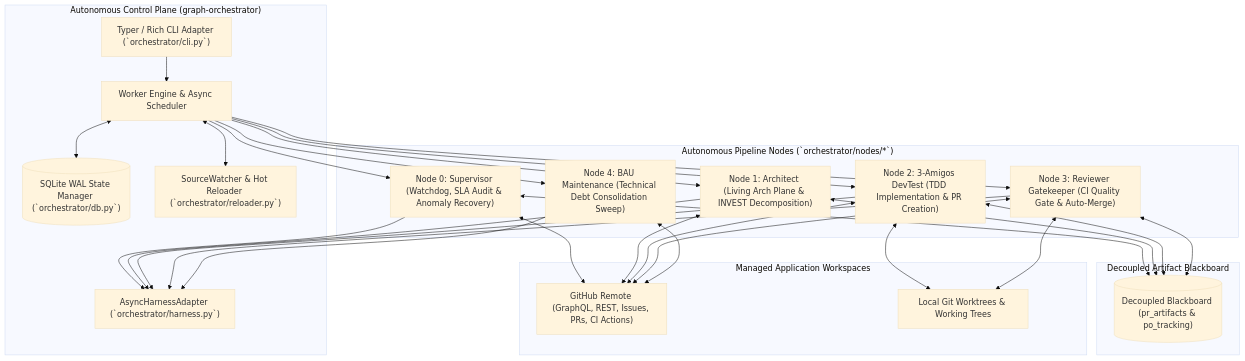
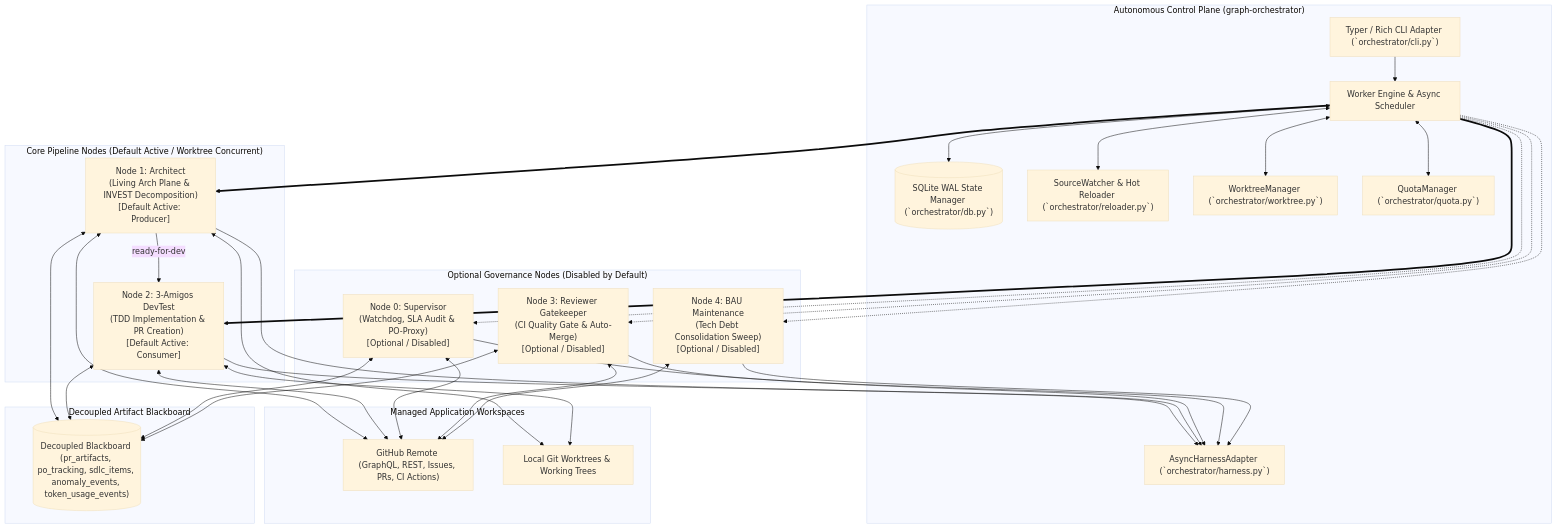
One commit to AntaresAndBharani/graph-engineering changed the first of 5 diagrams in .graph/architecture.md. Above: the diagram before and after it, drawn with Mermaid (base theme). The commit also changed other lines of this file and 8 other files, not shown here.

First line of the commit message:
docs: harmonize architecture docs, README, and node guides with 2-node parallel topology (#132)

````diff
--- a/.graph/architecture.md
+++ b/.graph/architecture.md
@@ -17,36 +19,45 @@
 ```mermaid
 flowchart TD
     subgraph Control Plane ["Autonomous Control Plane (graph-orchestrator)"]
         CLI["Typer / Rich CLI Adapter (`orchestrator/cli.py`)"]
         Core["Worker Engine & Async Scheduler"]
         State[("SQLite WAL State Manager (`orchestrator/db.py`)")]
         Reloader["SourceWatcher & Hot Reloader (`orchestrator/reloader.py`)"]
         Adapter["AsyncHarnessAdapter (`orchestrator/harness.py`)"]
+        WorktreeMgr["WorktreeManager (`orchestrator/worktree.py`)"]
+        QuotaMgr["QuotaManager (`orchestrator/quota.py`)"]
     end
 
-    subgraph Governance & Pipeline Nodes ["Autonomous Pipeline Nodes (`orchestrator/nodes/*`)"]
-        N0["Node 0: Supervisor (Watchdog, SLA Audit & Anomaly Recovery)"]
-        N1["Node 1: Architect (Living Arch Plane & INVEST Decomposition)"]
-        N2["Node 2: 3-Amigos DevTest (TDD Implementation & PR Creation)"]
-        N3["Node 3: Reviewer Gatekeeper (CI Quality Gate & Auto-Merge)"]
-        N4["Node 4: BAU Maintenance (Technical Debt Consolidation Sweep)"]
+    subgraph Default 2-Node Parallel Engine ["Core Pipeline Nodes (Default Active / Worktree Concurrent)"]
+        N1["Node 1: Architect\n(Living Arch Plane & INVEST Decomposition)\n[Default Active: Producer]"]
+        N2["Node 2: 3-Amigos DevTest\n(TDD Implementation & PR Creation)\n[Default Active: Consumer]"]
+        N1 -->|ready-for-dev| N2
+    end
+
+    subgraph Optional Governance Nodes ["Optional Governance Nodes (Disabled by Default)"]
+        N0["Node 0: Supervisor\n(Watchdog, SLA Audit & PO-Proxy)\n[Optional / Disabled]"]
+        N3["Node 3: Reviewer Gatekeeper\n(CI Quality Gate & Auto-Merge)\n[Optional / Disabled]"]
+        N4["Node 4: BAU Maintenance\n(Tech Debt Consolidation Sweep)\n[Optional / Disabled]"]
     end
 
     subgraph Blackboard Layer ["Decoupled Artifact Blackboard"]
-        BB[("Decoupled Blackboard (pr_artifacts & po_tracking)")]
+        BB[("Decoupled Blackboard (pr_artifacts, po_tracking, sdlc_items, anomaly_events, token_usage_events)")]
     end
 
     subgraph Managed Target Repositories ["Managed Application Workspaces"]
         GH["GitHub Remote (GraphQL, REST, Issues, PRs, CI Actions)"]
         LocalGit["Local Git Worktrees & Working Trees"]
     end
 
     CLI --> Core
     Core <--> State
     Core <--> Reloader
-    Core --> N0 & N1 & N2 & N3 & N4
-    N0 & N1 & N2 & N3 & N4 --> Adapter
-    N0 & N1 & N2 & N3 & N4 <--> GH
-    N0 & N1 & N2 & N3 <--> BB
-    N2 & N3 <--> LocalGit
+    Core <--> WorktreeMgr
+    Core <--> QuotaMgr
+    Core ==> N1 & N2
+    Core -.-> N0 & N3 & N4
+    N1 & N2 & N0 & N3 & N4 --> Adapter
+    N1 & N2 & N0 & N3 & N4 <--> GH
+    N1 & N2 & N0 & N3 <--> BB
+    N1 & N2 <--> LocalGit
 ```
````
